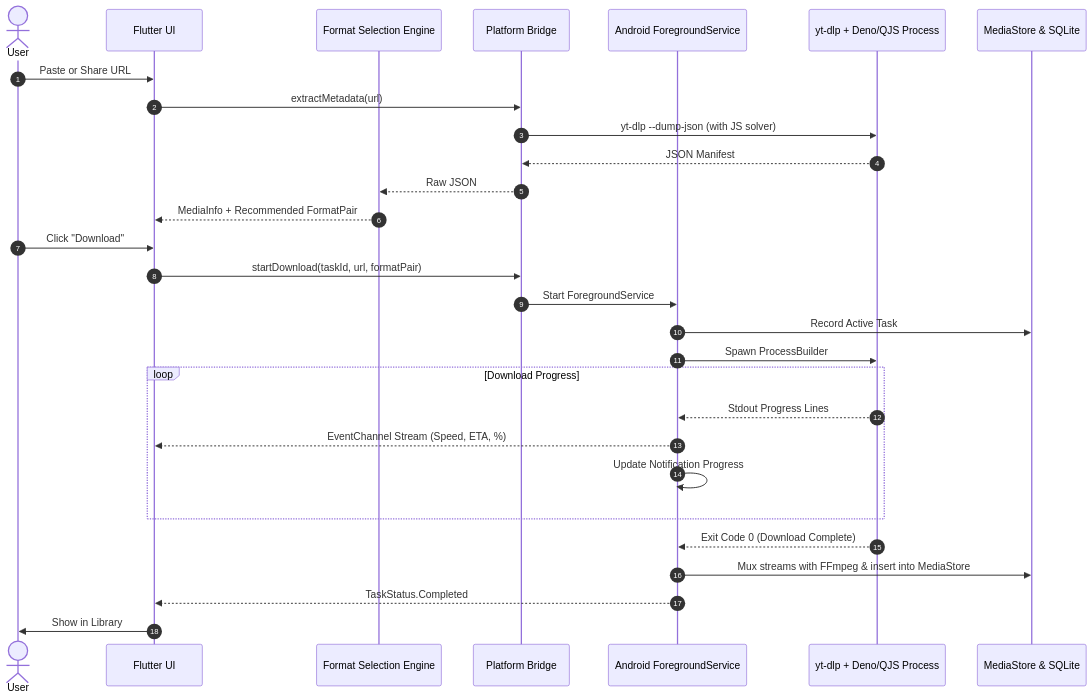
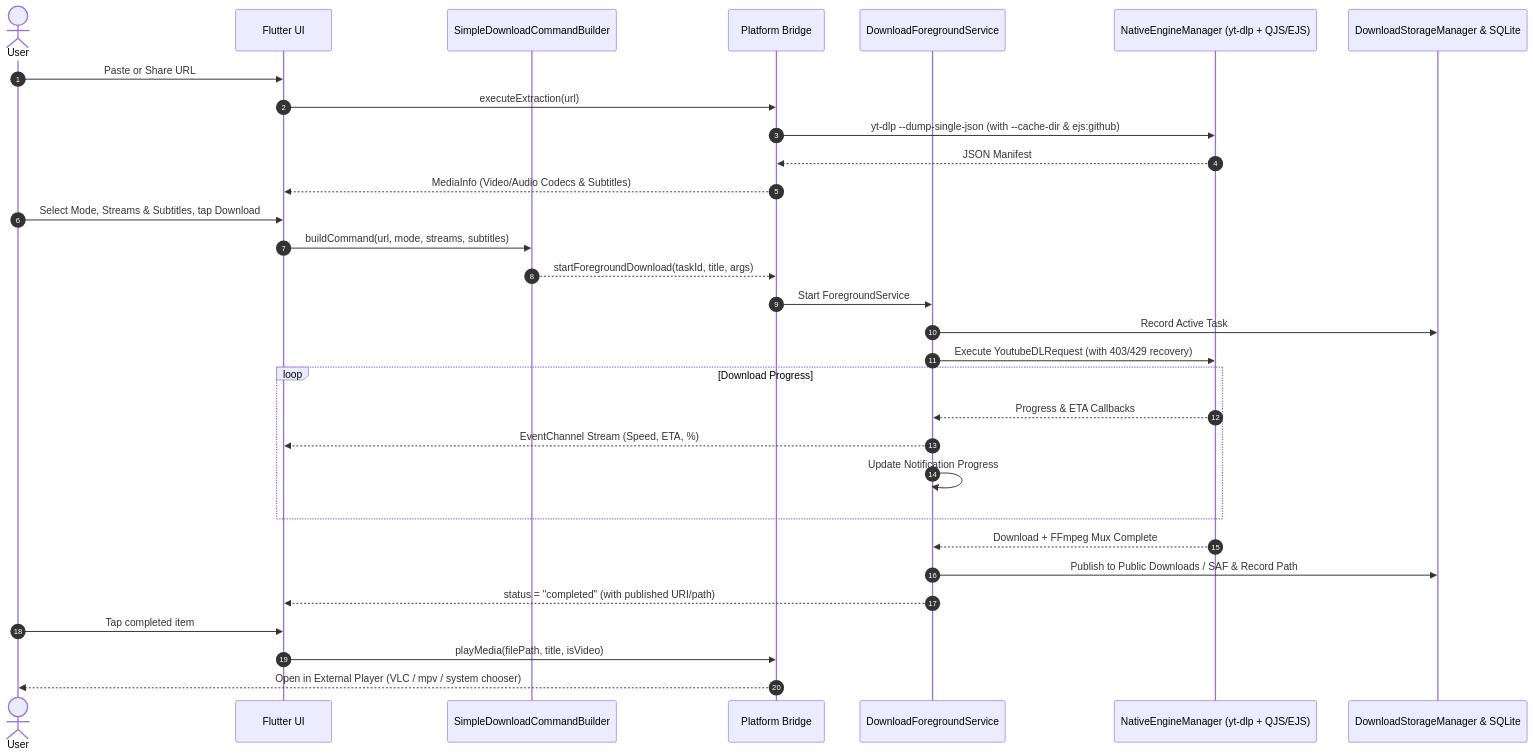
The second of 2 diagrams in docs/ARCHITECTURE.md (ameya-deshpande-5056/meteora-dl), drawn with Mermaid before and after one commit. The commit also changed other lines of this file and 48 other files, not shown here.

First line of the commit message:
chore: Bump release tag and align stack with SQLite, Media3, and ProcessBuilder workflow

````diff
--- a/docs/ARCHITECTURE.md
+++ b/docs/ARCHITECTURE.md
@@ -91,32 +98,34 @@
 ```mermaid
 sequenceDiagram
     autonumber
     actor User
     participant FlutterUI as Flutter UI
-    participant FormatEngine as Format Selection Engine
+    participant CommandBuilder as SimpleDownloadCommandBuilder
     participant Channel as Platform Bridge
-    participant KotlinService as Android ForegroundService
-    participant YTDLP as yt-dlp + Deno/QJS Process
-    participant Storage as MediaStore & SQLite
+    participant KotlinService as DownloadForegroundService
+    participant YTDLP as NativeEngineManager (yt-dlp + QJS/EJS)
+    participant Storage as DownloadStorageManager & SQLite
 
     User->>FlutterUI: Paste or Share URL
-    FlutterUI->>Channel: extractMetadata(url)
-    Channel->>YTDLP: yt-dlp --dump-json (with JS solver)
+    FlutterUI->>Channel: executeExtraction(url)
+    Channel->>YTDLP: yt-dlp --dump-single-json (with --cache-dir & ejs:github)
     YTDLP-->>Channel: JSON Manifest
-    Channel-->>FormatEngine: Raw JSON
-    FormatEngine-->>FlutterUI: MediaInfo + Recommended FormatPair
-    User->>FlutterUI: Click "Download"
-    FlutterUI->>Channel: startDownload(taskId, url, formatPair)
+    Channel-->>FlutterUI: MediaInfo (Video/Audio Codecs & Subtitles)
+    User->>FlutterUI: Select Mode, Streams & Subtitles, tap Download
+    FlutterUI->>CommandBuilder: buildCommand(url, mode, streams, subtitles)
+    CommandBuilder-->>Channel: startForegroundDownload(taskId, title, args)
     Channel->>KotlinService: Start ForegroundService
     KotlinService->>Storage: Record Active Task
-    KotlinService->>YTDLP: Spawn ProcessBuilder
+    KotlinService->>YTDLP: Execute YoutubeDLRequest (with 403/429 recovery)
     loop Download Progress
-        YTDLP-->>KotlinService: Stdout Progress Lines
+        YTDLP-->>KotlinService: Progress & ETA Callbacks
         KotlinService-->>FlutterUI: EventChannel Stream (Speed, ETA, %)
         KotlinService->>KotlinService: Update Notification Progress
     end
-    YTDLP-->>KotlinService: Exit Code 0 (Download Complete)
-    KotlinService->>Storage: Mux streams with FFmpeg & insert into MediaStore
-    KotlinService-->>FlutterUI: TaskStatus.Completed
-    FlutterUI->>User: Show in Library
+    YTDLP-->>KotlinService: Download + FFmpeg Mux Complete
+    KotlinService->>Storage: Publish to Public Downloads / SAF & Record Path
+    KotlinService-->>FlutterUI: status = "completed" (with published URI/path)
+    User->>FlutterUI: Tap completed item
+    FlutterUI->>Channel: playMedia(filePath, title, isVideo)
+    Channel-->>User: Open in External Player (VLC / mpv / system chooser)
 ```
````
